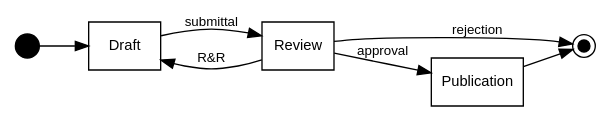
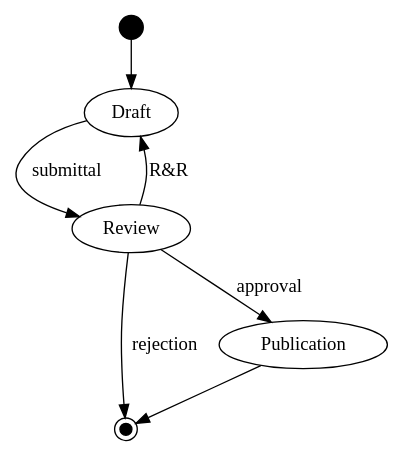
Before and after one commit to int-brain-lab/bpod-core: the third of 4 diagrams in docs/source/state_machines/index.rst, drawn with Graphviz. The commit also changed other lines of this file and 2 other files, not shown here.

Commit message:
centralize formatting of graphviz figures

```diff
--- a/docs/source/state_machines/index.rst
+++ b/docs/source/state_machines/index.rst
@@ -60,24 +52,20 @@
 .. graphviz::
-   :align: center
    :caption: If only the reviewers ever agreed ...
 
-   digraph example {
-       rankdir=LR;
-       node [shape=rectangle, fontname="Helvetica, sans-serif", fontsize=11];
-       edge [fontname="Helvetica, sans-serif", fontsize=10];
+   digraph {
+      s [label="", shape=circle, style=filled, fillcolor=black, width=0.25];
+      x [label="", shape=doublecircle, style=filled, fillcolor=black, width=0.125];
 
-       s [label="", shape=circle, style=filled, fillcolor=black, width=0.25];
-       x [label="", shape=doublecircle, style=filled, fillcolor=black, width=0.125];
+      a [label="Draft"];
+      b [label="Review"];
+      c [label="Publication"];
 
-       a [label="Draft"];
-       b [label="Review"];
-       c [label="Publication"];
 
-       s -> a
-       a -> b [label="submittal"];
-       a -> b [style="invis"];
-       b -> a [label="R&R"];
-       b -> c [label="approval"];
-       b -> x [label="rejection"];
-       c -> x
+      s -> a
+      a -> b [label="submittal"];
+      a -> b [style="invis"];
+      b -> a [label="R&R"];
+      b -> c [label="approval"];
+      b -> x [label="rejection"];
+      c -> x
    }
```
